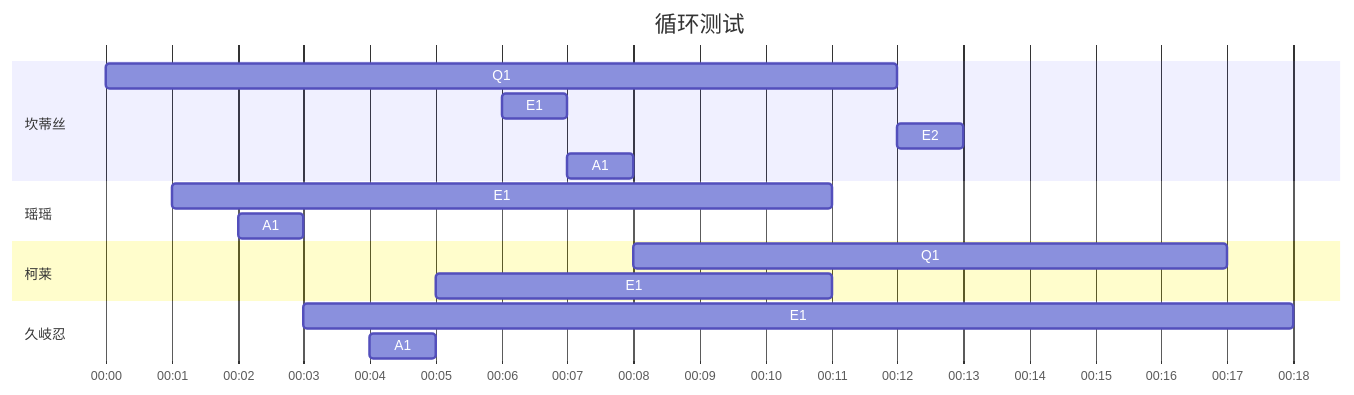
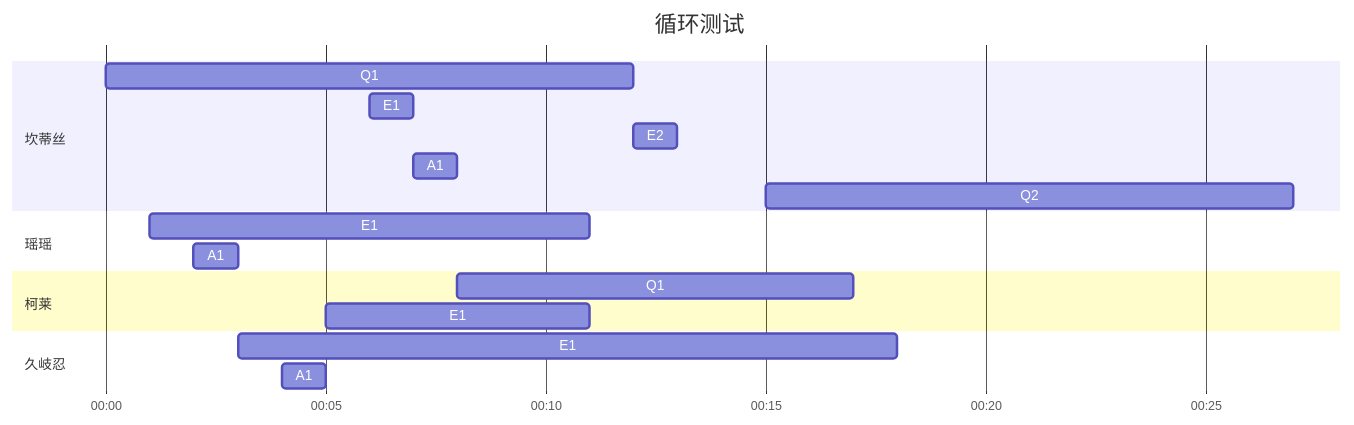
One commit to JiYouMCC/JiYouMCC.github.io changed the second of 2 diagrams in _drafts/2022-1.md. Above: the diagram before and after it, drawn with Mermaid.

````diff
--- a/_drafts/2022-1.md
+++ b/_drafts/2022-1.md
@@ -21,26 +21,27 @@
 ```mermaid
 gantt
     title 循环测试
     axisFormat %M:%S
     todayMarker off
     
     section 坎蒂丝
     Q1   :    2023-01-29 12:00:00, 12s
     E1   :    2023-01-29 12:00:06, 1s
     E2   :    2023-01-29 12:00:12, 1s
     A1   :    2023-01-29 12:00:07, 1s
+    Q2   :    2023-01-29 12:00:15, 12s
     
     section 瑶瑶
     E1   :    2023-01-29 12:00:01, 10s
     A1   :    2023-01-29 12:00:02, 1s
     
     section 柯莱
     Q1   :    2023-01-29 12:00:08, 9s
     E1   :    2023-01-29 12:00:05, 6s
     
     section 久岐忍
     E1   :    2023-01-29 12:00:03, 15s
     A1   :    2023-01-29 12:00:04, 1s
     
     
 ```
````
